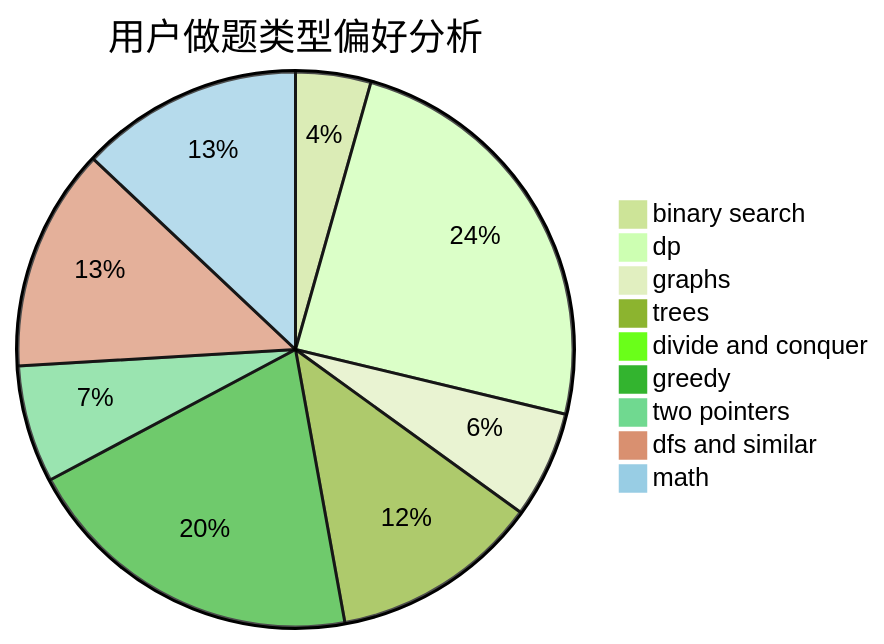
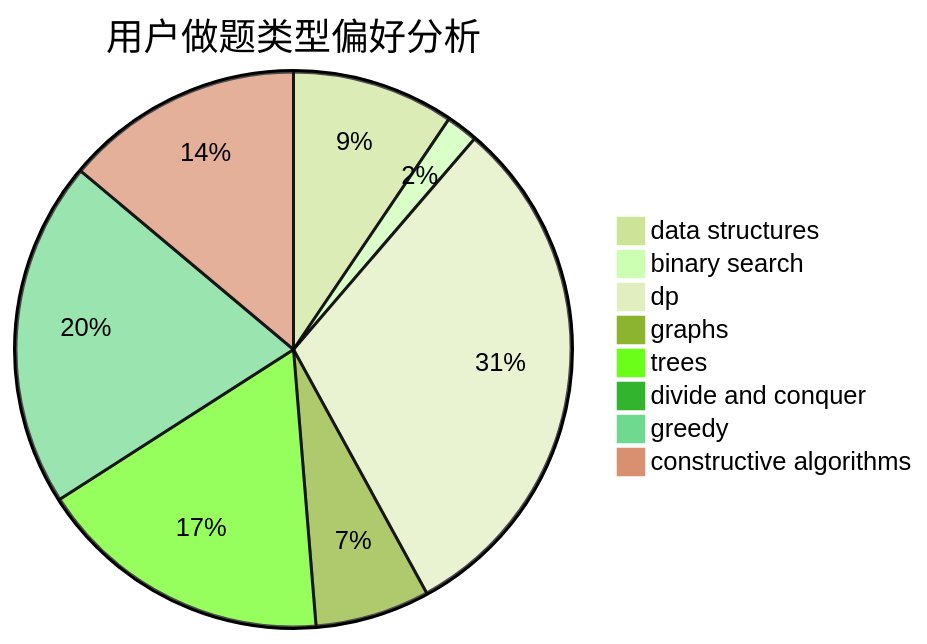
One commit to sherpahu/cfrs.github.io changed the second of 3 diagrams in docs/user/u1259.md. Above: the diagram before and after it, drawn with Mermaid (forest theme). The commit also changed other lines of this file and 2775 other files, not shown here.

````diff
--- a/docs/user/u1259.md
+++ b/docs/user/u1259.md
@@ -23,12 +23,11 @@
 ```mermaid
 pie title 用户做题类型偏好分析
-    "binary search" :  50
-    "dp" :  278
-    "graphs" :  71
-    "trees" :  139
-    "divide and conquer" :  7
-    "greedy" :  229
-    "two pointers" :  78
-    "dfs and similar" :  148
-    "math" :  148
+    "data structures" :  51
+    "binary search" :  10
+    "dp" :  166
+    "graphs" :  36
+    "trees" :  93
+    "divide and conquer" :  0
+    "greedy" :  109
+    "constructive algorithms" :  75
 ```
````
